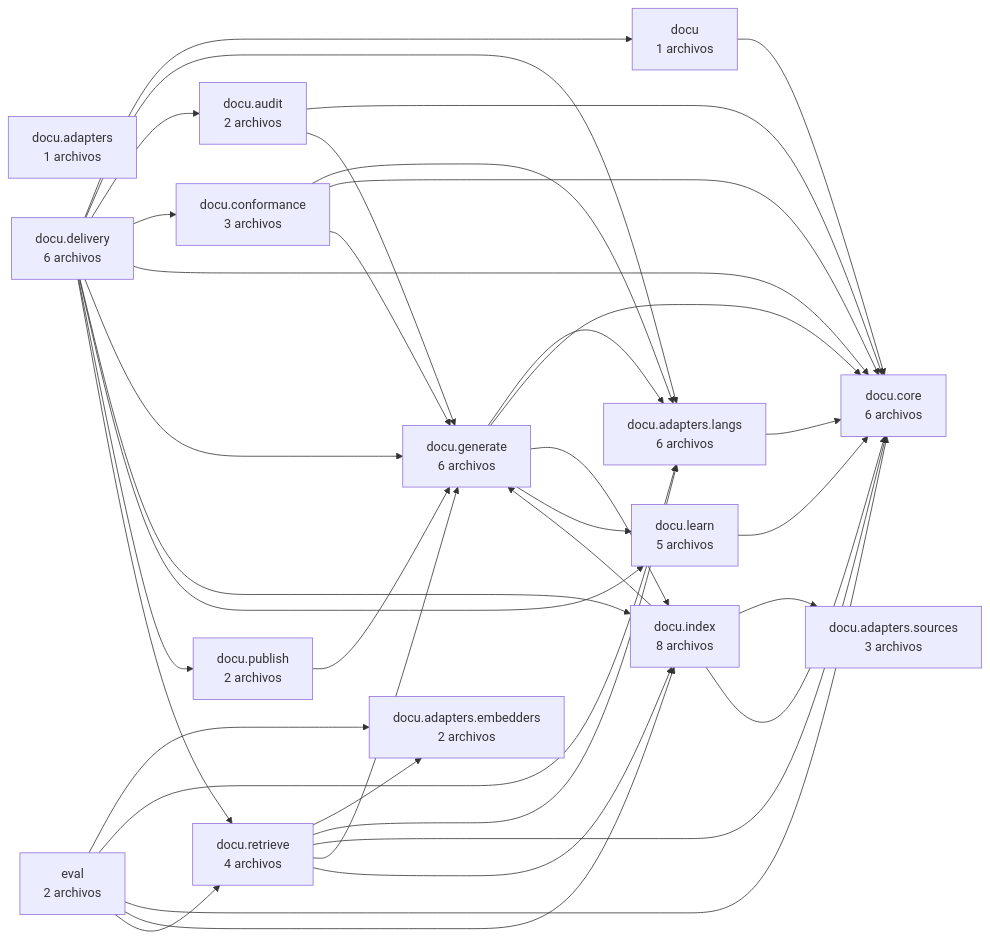
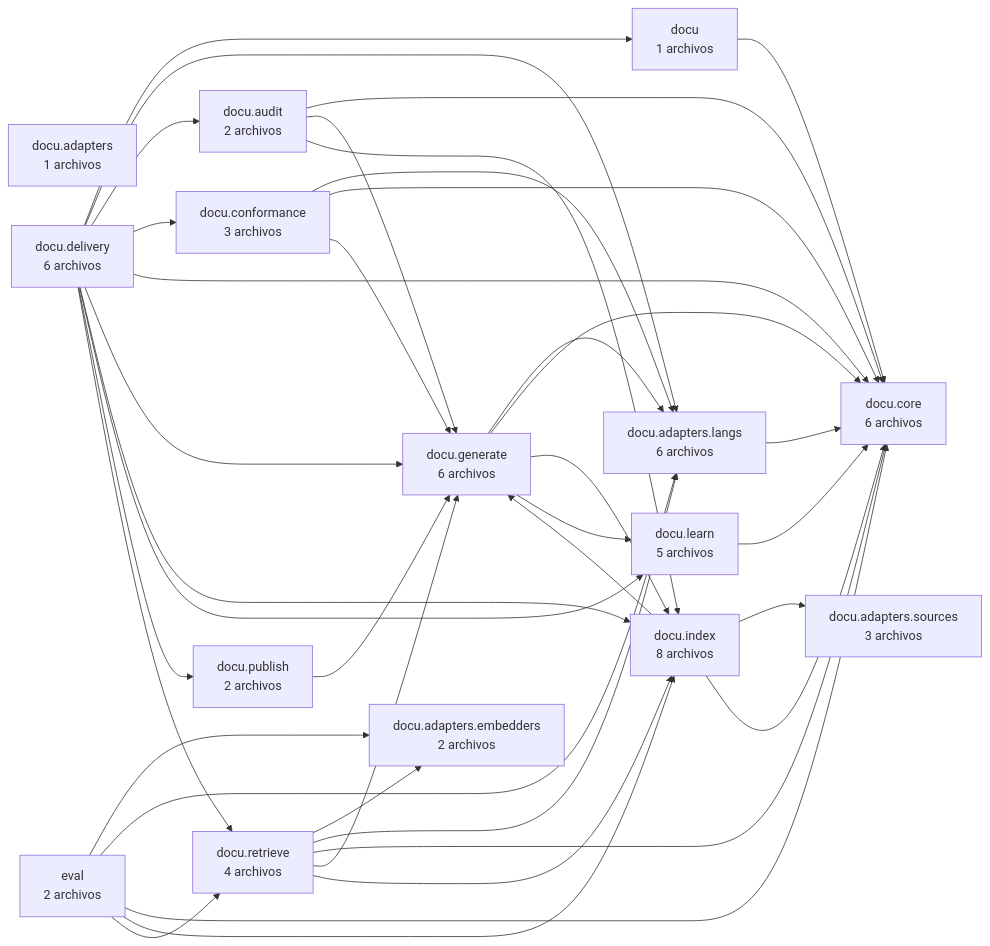
Before and after one commit to CharlyZeta/Docu: the first of 5 diagrams in docs/generated/l1-manual-tecnico.md, drawn with Mermaid. The commit also changed other lines of this file and 15 other files, not shown here.

````diff
--- a/docs/generated/l1-manual-tecnico.md
+++ b/docs/generated/l1-manual-tecnico.md
@@ -39,54 +41,55 @@
 ```mermaid
 flowchart LR
     docu["docu<br/>1 archivos"]
     docu_adapters["docu.adapters<br/>1 archivos"]
     docu_adapters_embedders["docu.adapters.embedders<br/>2 archivos"]
     docu_adapters_langs["docu.adapters.langs<br/>6 archivos"]
     docu_adapters_sources["docu.adapters.sources<br/>3 archivos"]
     docu_audit["docu.audit<br/>2 archivos"]
     docu_conformance["docu.conformance<br/>3 archivos"]
     docu_core["docu.core<br/>6 archivos"]
     docu_delivery["docu.delivery<br/>6 archivos"]
     docu_generate["docu.generate<br/>6 archivos"]
     docu_index["docu.index<br/>8 archivos"]
     docu_learn["docu.learn<br/>5 archivos"]
     docu_publish["docu.publish<br/>2 archivos"]
     docu_retrieve["docu.retrieve<br/>4 archivos"]
     eval["eval<br/>2 archivos"]
     docu --> docu_core
     docu_adapters_langs --> docu_core
     docu_audit --> docu_core
     docu_audit --> docu_generate
+    docu_audit --> docu_index
     docu_conformance --> docu_adapters_langs
     docu_conformance --> docu_core
     docu_conformance --> docu_generate
     docu_delivery --> docu
     docu_delivery --> docu_adapters_langs
     docu_delivery --> docu_audit
     docu_delivery --> docu_conformance
     docu_delivery --> docu_core
     docu_delivery --> docu_generate
     docu_delivery --> docu_index
     docu_delivery --> docu_learn
     docu_delivery --> docu_publish
     docu_delivery --> docu_retrieve
     docu_generate --> docu_adapters_langs
     docu_generate --> docu_core
     docu_generate --> docu_index
     docu_generate --> docu_learn
     docu_index --> docu_adapters_sources
     docu_index --> docu_core
     docu_index --> docu_generate
     docu_learn --> docu_core
     docu_publish --> docu_generate
     docu_retrieve --> docu_adapters_embedders
     docu_retrieve --> docu_adapters_langs
     docu_retrieve --> docu_core
     docu_retrieve --> docu_generate
     docu_retrieve --> docu_index
     eval --> docu_adapters_embedders
     eval --> docu_adapters_langs
     eval --> docu_core
     eval --> docu_index
     eval --> docu_retrieve
 ```
````
